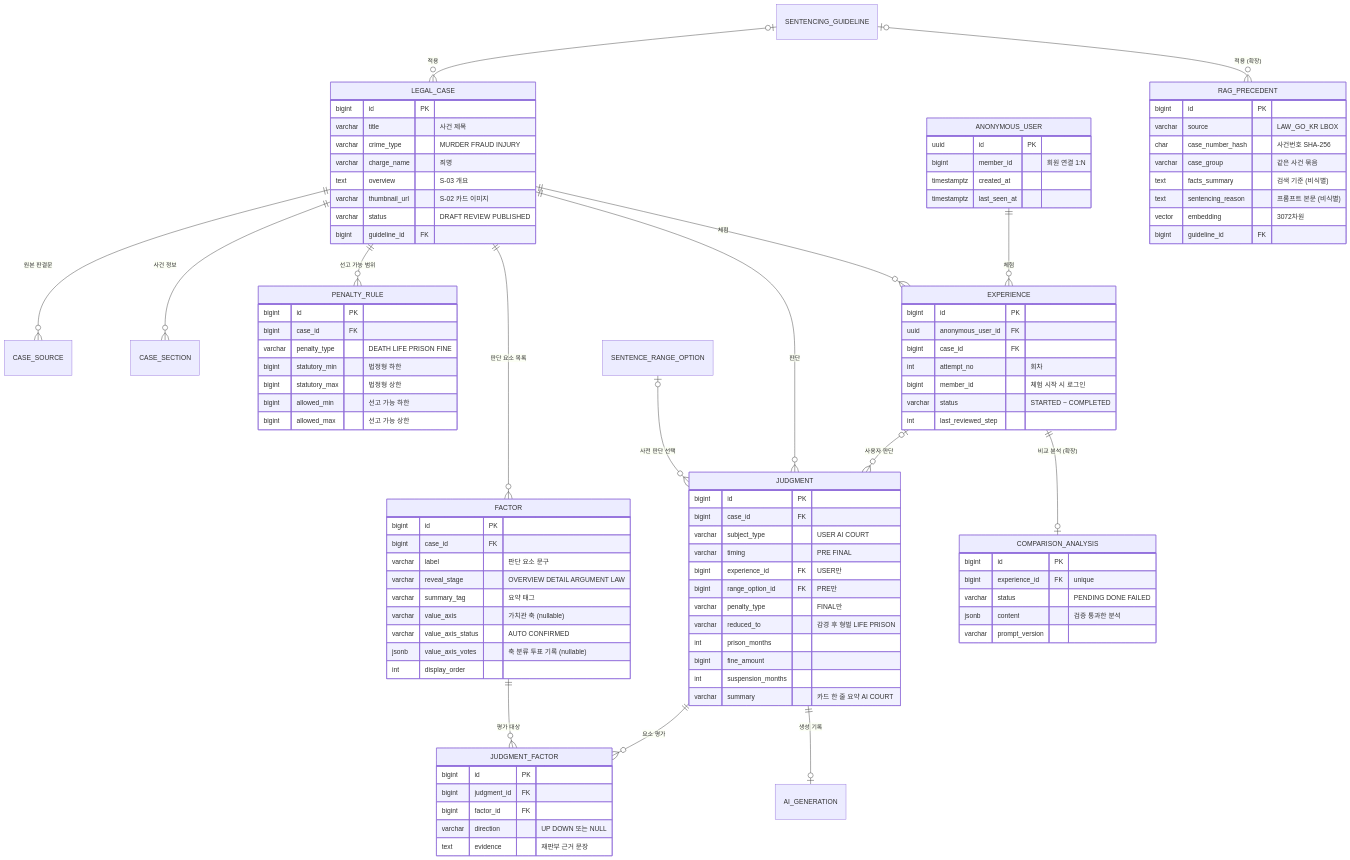
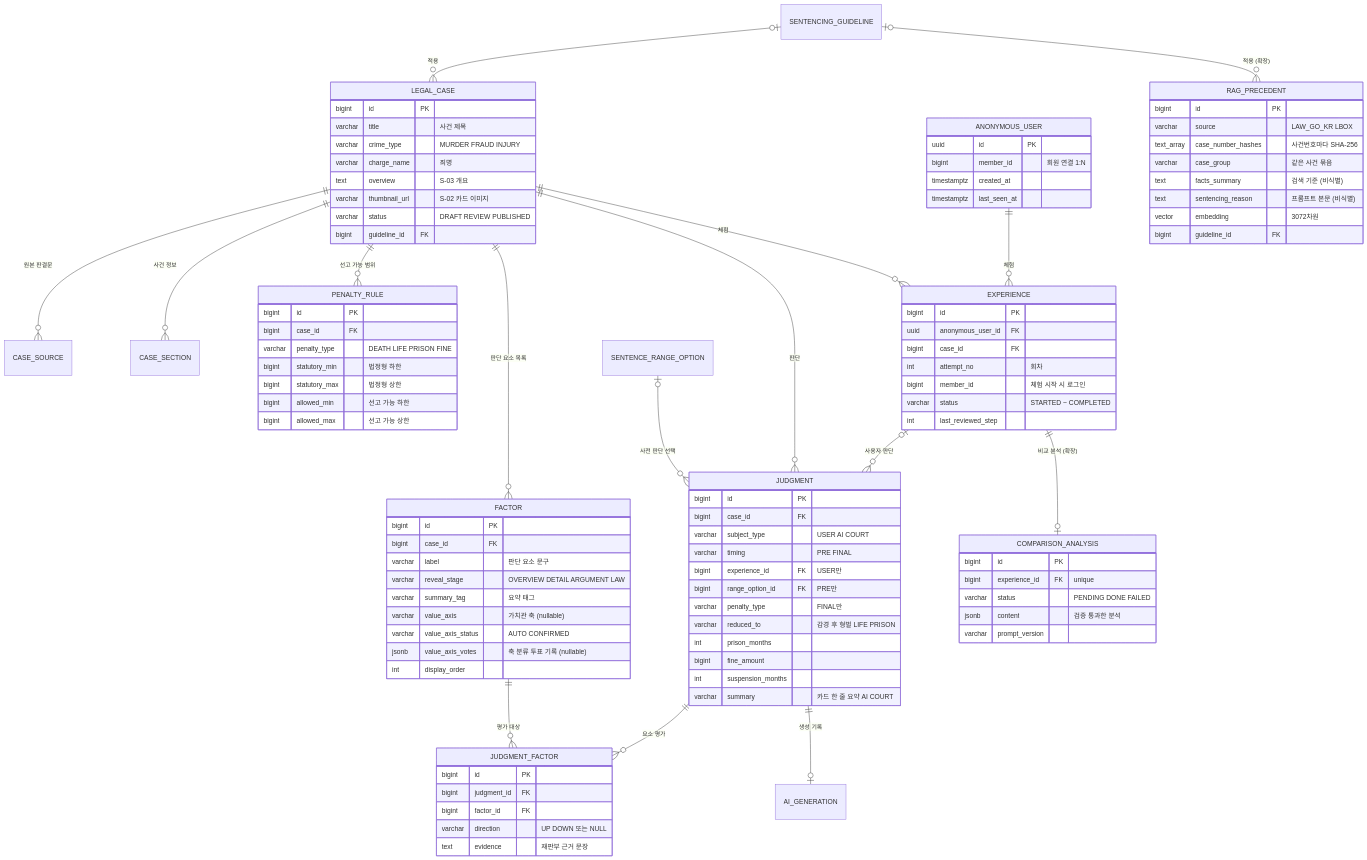
One commit to prgrms-aibe-devcourse/AIBE7_FinalProject_Team2 changed the first of 2 diagrams in docs/erd.md. Above: the diagram before and after it, drawn with Mermaid. The commit also changed other lines of this file and 9 other files, not shown here.

```diff
--- a/docs/erd.md
+++ b/docs/erd.md
@@ -131,7 +131,7 @@
     RAG_PRECEDENT {
         bigint id PK
         varchar source "LAW_GO_KR LBOX"
-        char case_number_hash "사건번호 SHA-256"
+        text_array case_number_hashes "사건번호마다 SHA-256"
         varchar case_group "같은 사건 묶음"
         text facts_summary "검색 기준 (비식별)"
         text sentencing_reason "프롬프트 본문 (비식별)"
```
